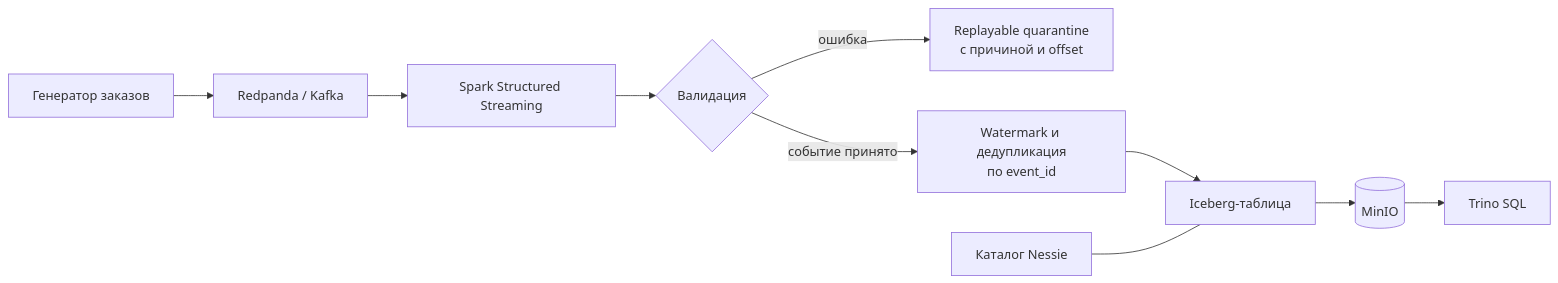
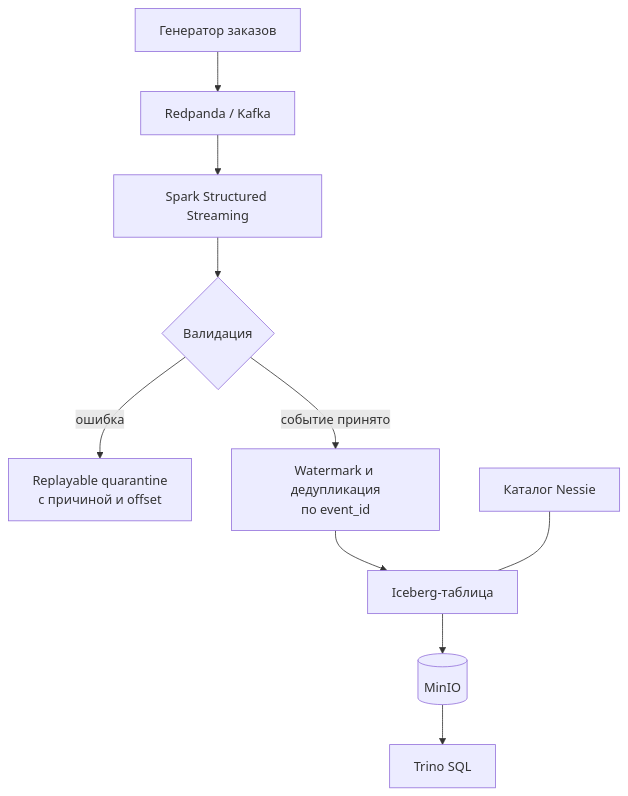
The diagram in README.md (TheEdfog/retail-streaming-lakehouse), drawn with Mermaid before and after one commit.

Commit message:
docs: improve streaming diagram readability

````diff
--- a/README.md
+++ b/README.md
@@ -9,12 +9,12 @@
 ```mermaid
-flowchart LR
+flowchart TD
     producer["Генератор заказов"] --> kafka["Redpanda / Kafka"]
     kafka --> spark["Spark Structured Streaming"]
     spark --> validation{"Валидация"}
     validation -->|"ошибка"| quarantine["Replayable quarantine<br/>с причиной и offset"]
     validation -->|"событие принято"| dedup["Watermark и дедупликация<br/>по event_id"]
     dedup --> iceberg["Iceberg-таблица"]
     iceberg --> minio[("MinIO")]
     nessie["Каталог Nessie"] --- iceberg
     minio --> trino["Trino SQL"]
 ```
````
